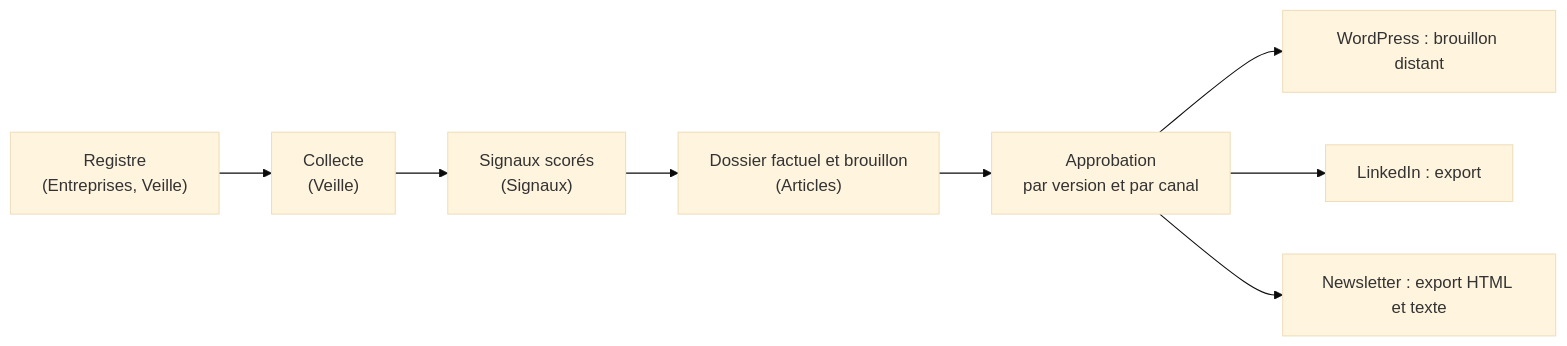
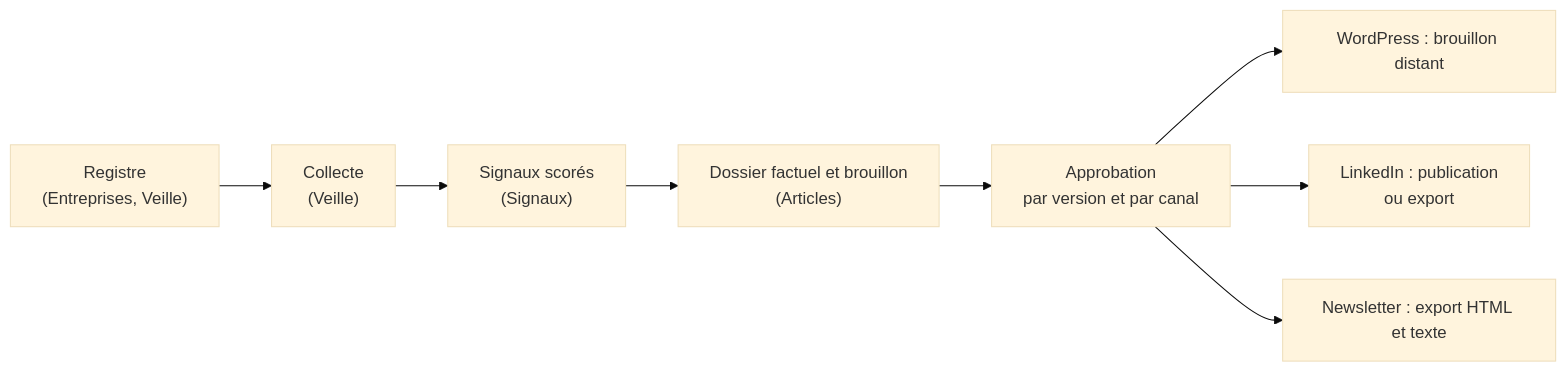
Before and after one commit to Makk7709/koraino: the first of 5 diagrams in docs/08-guide-utilisateur.md, drawn with Mermaid (base theme). The commit also changed other lines of this file and 13 other files, not shown here.

````diff
--- a/docs/08-guide-utilisateur.md
+++ b/docs/08-guide-utilisateur.md
@@ -37,10 +37,10 @@
 ```mermaid
 flowchart LR
     A["Registre<br/>(Entreprises, Veille)"] --> B["Collecte<br/>(Veille)"]
     B --> C["Signaux scorés<br/>(Signaux)"]
     C --> D["Dossier factuel et brouillon<br/>(Articles)"]
     D --> E["Approbation<br/>par version et par canal"]
     E --> F["WordPress : brouillon distant"]
-    E --> G["LinkedIn : export"]
+    E --> G["LinkedIn : publication<br/>ou export"]
     E --> H["Newsletter : export HTML et texte"]
 ```
````
